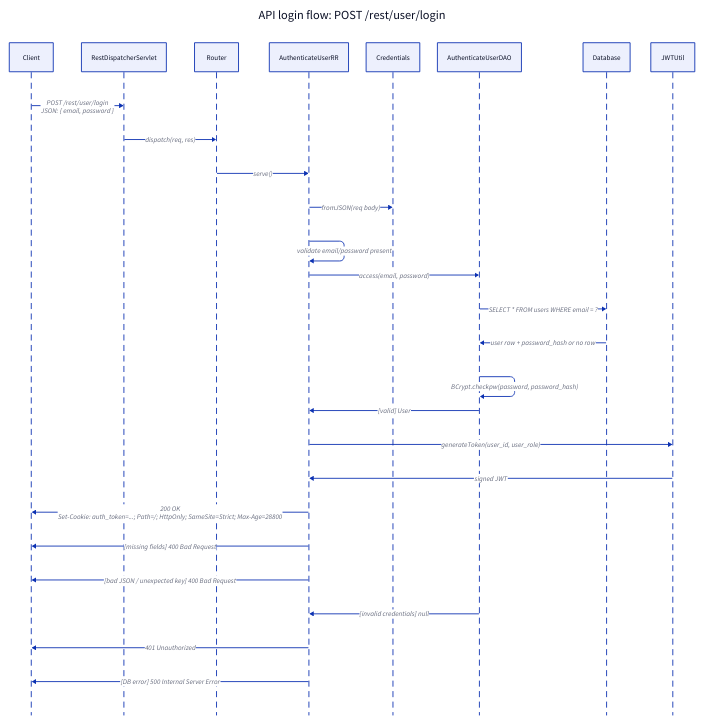
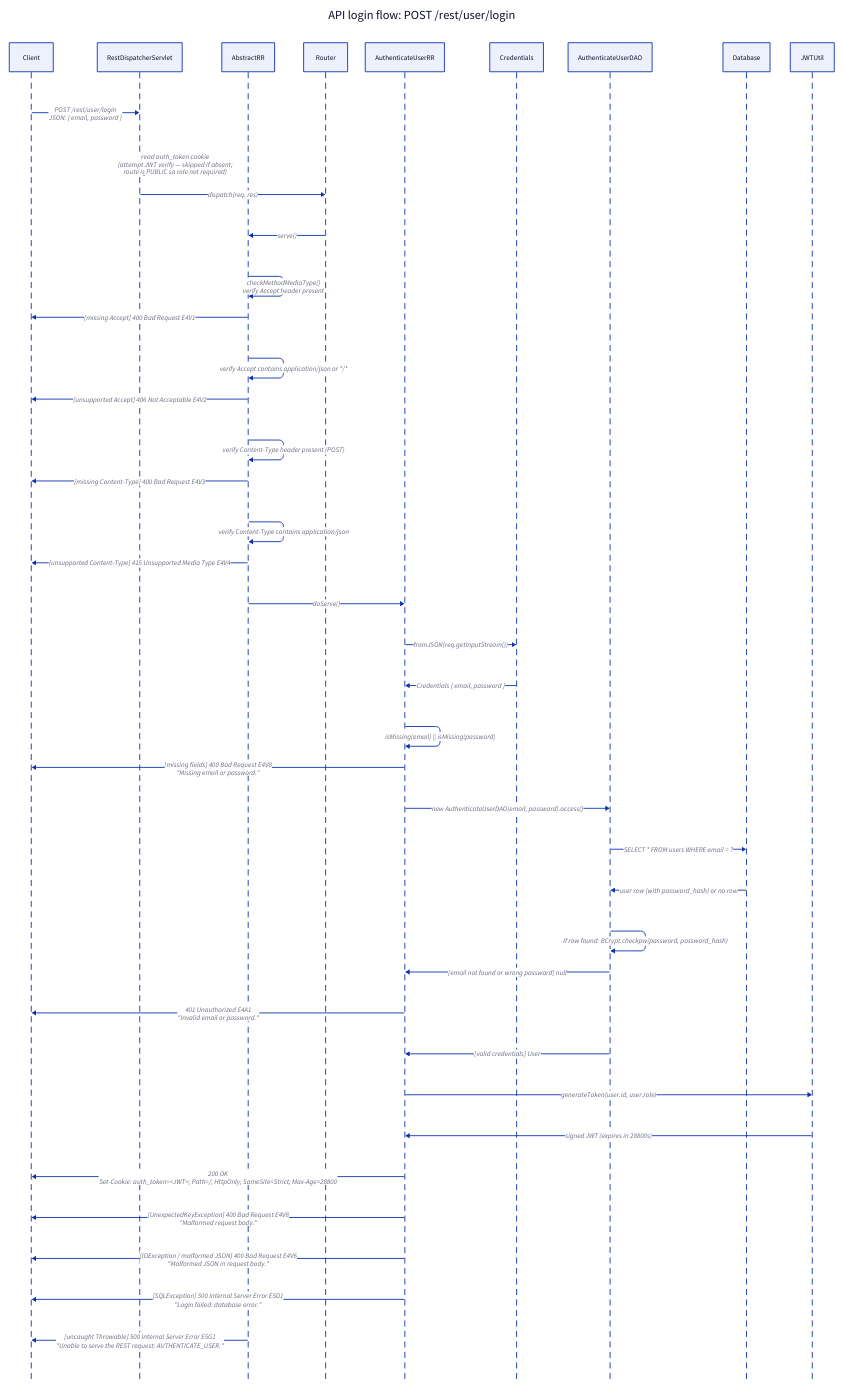
One commit to esspadoo/tap-table changed the diagram in doc/HW1/sections/BLL/sequence_diag_auth.d2. Above: the diagram before and after it, drawn with D2. The commit also changed 6 other files, not shown here.

```diff
--- a/doc/HW1/sections/BLL/sequence_diag_auth.d2
+++ b/doc/HW1/sections/BLL/sequence_diag_auth.d2
@@ -1,40 +1,61 @@
 vars: {
   d2-config: {
     layout-engine: elk
   }
 }
 
 rest_login: {
   label: "API login flow: POST /rest/user/login"
   shape: sequence_diagram
 
   Client
   RestDispatcherServlet
+  AbstractRR
   Router
   AuthenticateUserRR
   Credentials
   AuthenticateUserDAO
   Database
   JWTUtil
 
   Client -> RestDispatcherServlet: "POST /rest/user/login\nJSON: { email, password }"
+
+  RestDispatcherServlet -> RestDispatcherServlet: "read auth_token cookie\n(attempt JWT verify — skipped if absent;\nroute is PUBLIC so role not required)"
+
   RestDispatcherServlet -> Router: "dispatch(req, res)"
-  Router -> AuthenticateUserRR: "serve()"
-  AuthenticateUserRR -> Credentials: "fromJSON(req body)"
-  AuthenticateUserRR -> AuthenticateUserRR: "validate email/password present"
-  AuthenticateUserRR -> AuthenticateUserDAO: "access(email, password)"
+  Router -> AbstractRR: "serve()"
+
+  AbstractRR -> AbstractRR: "checkMethodMediaType()\nverify Accept header present"
+  AbstractRR -> Client: "[missing Accept] 400 Bad Request E4V1"
+  AbstractRR -> AbstractRR: "verify Accept contains application/json or */*"
+  AbstractRR -> Client: "[unsupported Accept] 406 Not Acceptable E4V2"
+  AbstractRR -> AbstractRR: "verify Content-Type header present (POST)"
+  AbstractRR -> Client: "[missing Content-Type] 400 Bad Request E4V3"
+  AbstractRR -> AbstractRR: "verify Content-Type contains application/json"
+  AbstractRR -> Client: "[unsupported Content-Type] 415 Unsupported Media Type E4V4"
+
+  AbstractRR -> AuthenticateUserRR: "doServe()"
+
+  AuthenticateUserRR -> Credentials: "fromJSON(req.getInputStream())"
+  Credentials -> AuthenticateUserRR: "Credentials { email, password }"
+
+  AuthenticateUserRR -> AuthenticateUserRR: "isMissing(email) || isMissing(password)"
+  AuthenticateUserRR -> Client: "[missing fields] 400 Bad Request E4V8\n\"Missing email or password.\""
+
+  AuthenticateUserDAO <- AuthenticateUserRR: "new AuthenticateUserDAO(email, password).access()"
   AuthenticateUserDAO -> Database: "SELECT * FROM users WHERE email = ?"
-  Database -> AuthenticateUserDAO: "user row + password_hash or no row"
-  AuthenticateUserDAO -> AuthenticateUserDAO: "BCrypt.checkpw(password, password_hash)"
+  Database -> AuthenticateUserDAO: "user row (with password_hash) or no row"
+  AuthenticateUserDAO -> AuthenticateUserDAO: "if row found: BCrypt.checkpw(password, password_hash)"
+  AuthenticateUserDAO -> AuthenticateUserRR: "[email not found or wrong password] null"
+  AuthenticateUserRR -> Client: "401 Unauthorized E4A1\n\"Invalid email or password.\""
 
-  AuthenticateUserDAO -> AuthenticateUserRR: "[valid] User"
-  AuthenticateUserRR -> JWTUtil: "generateToken(user_id, user_role)"
-  JWTUtil -> AuthenticateUserRR: "signed JWT"
-  AuthenticateUserRR -> Client: "200 OK\nSet-Cookie: auth_token=...; Path=/; HttpOnly; SameSite=Strict; Max-Age=28800"
+  AuthenticateUserDAO -> AuthenticateUserRR: "[valid credentials] User"
+  AuthenticateUserRR -> JWTUtil: "generateToken(user.id, user.role)"
+  JWTUtil -> AuthenticateUserRR: "signed JWT (expires in 28800s)"
+  AuthenticateUserRR -> Client: "200 OK\nSet-Cookie: auth_token=<JWT>; Path=/; HttpOnly; SameSite=Strict; Max-Age=28800"
 
-  AuthenticateUserRR -> Client: "[missing fields] 400 Bad Request"
-  AuthenticateUserRR -> Client: "[bad JSON / unexpected key] 400 Bad Request"
-  AuthenticateUserDAO -> AuthenticateUserRR: "[invalid credentials] null"
-  AuthenticateUserRR -> Client: "401 Unauthorized"
-  AuthenticateUserRR -> Client: "[DB error] 500 Internal Server Error"
+  AuthenticateUserRR -> Client: "[UnexpectedKeyException] 400 Bad Request E4V8\n\"Malformed request body.\""
+  AuthenticateUserRR -> Client: "[IOException / malformed JSON] 400 Bad Request E4V6\n\"Malformed JSON in request body.\""
+  AuthenticateUserRR -> Client: "[SQLException] 500 Internal Server Error E5D1\n\"Login failed: database error.\""
+  AbstractRR -> Client: "[uncaught Throwable] 500 Internal Server Error E5G1\n\"Unable to serve the REST request: AUTHENTICATE_USER.\""
 }
```
